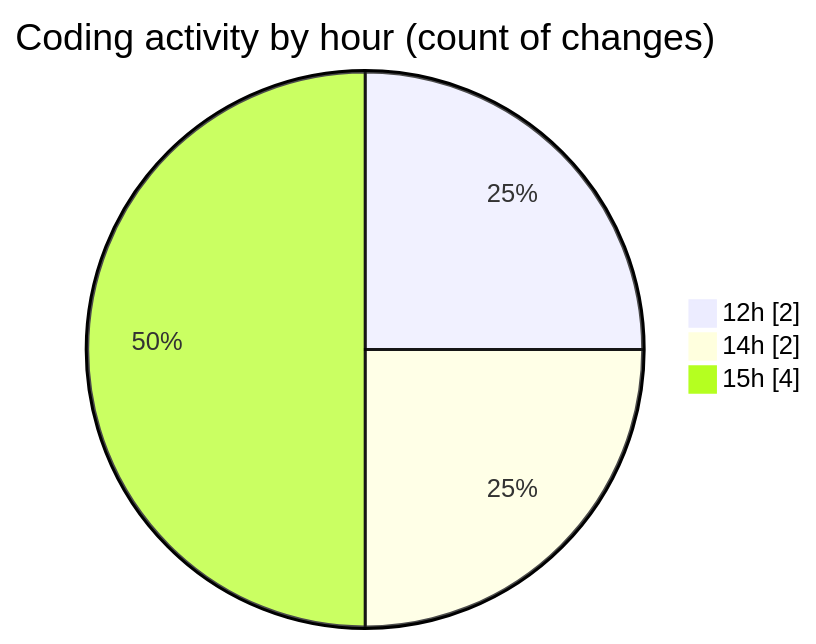
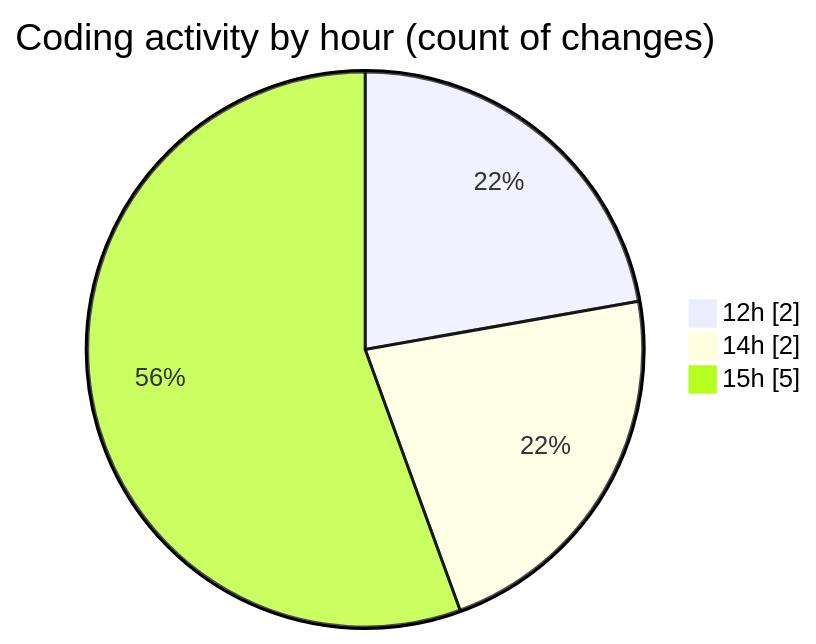
Before and after one commit to nxtqubesakshisongat/code-tracking: the second of 2 diagrams in 2025-05-20/nxtqube_webapp/README.md, drawn with Mermaid. The commit also changed other lines of this file and 1 other file, not shown here.

````diff
--- a/2025-05-20/nxtqube_webapp/README.md
+++ b/2025-05-20/nxtqube_webapp/README.md
@@ -28,7 +30,7 @@
 ```mermaid
 pie showData
 title Coding activity by hour (count of changes)
 "12h" : 2
 "14h" : 2
-"15h" : 4
+"15h" : 5
 ```
````
